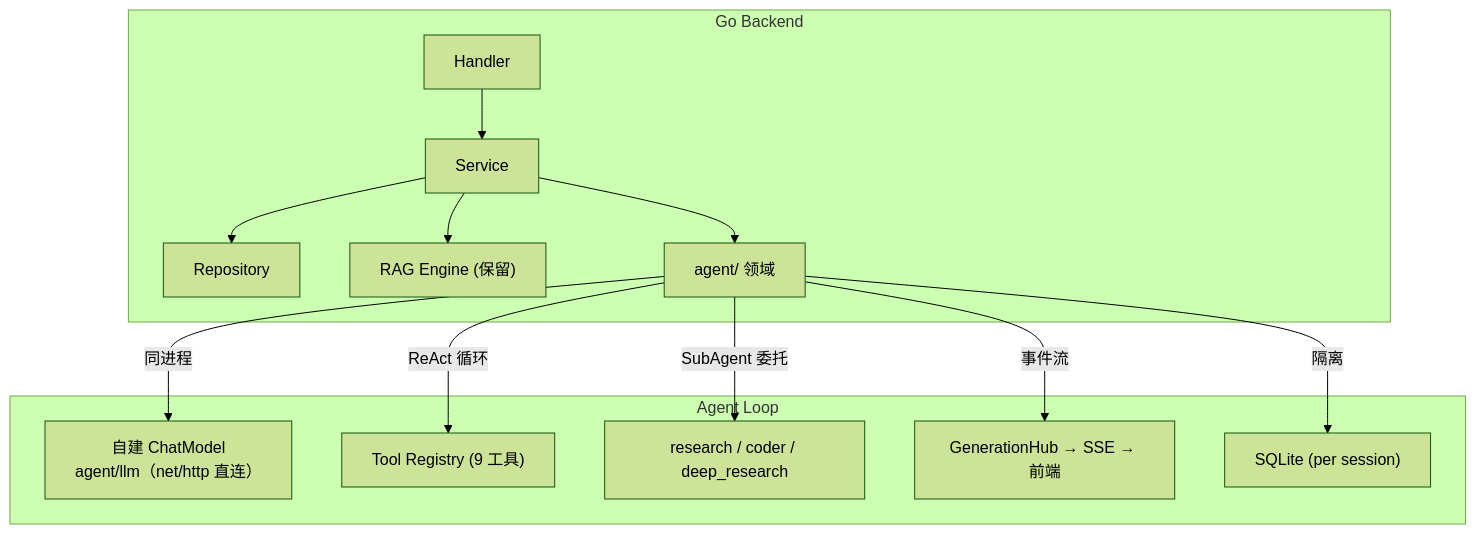
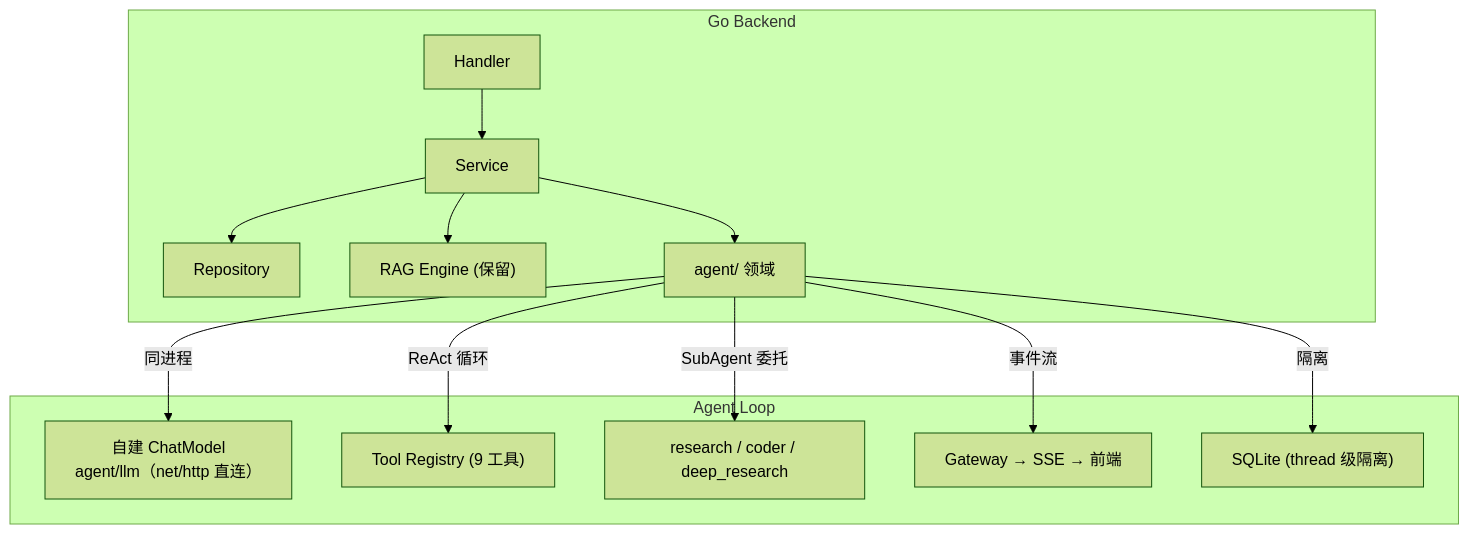
The third of 4 diagrams in docs/ROADMAP.md (int2t05/Cognik), drawn with Mermaid (forest theme) before and after one commit. The commit also changed other lines of this file and 19 other files, not shown here.

````diff
--- a/docs/ROADMAP.md
+++ b/docs/ROADMAP.md
@@ -181,15 +181,15 @@
 ```mermaid
 flowchart TB
     subgraph Go["Go Backend"]
         H["Handler"] --> S["Service"] --> R["Repository"]
         S --> RAG["RAG Engine (保留)"]
         S --> AG["agent/ 领域"]
     end
     subgraph AgentLoop["Agent Loop"]
         AG -->|"同进程"| LLM["自建 ChatModel<br/>agent/llm（net/http 直连）"]
         AG -->|"ReAct 循环"| TOOLS["Tool Registry (9 工具)"]
         AG -->|"SubAgent 委托"| SUB["research / coder / deep_research"]
-        AG -->|"事件流"| SSE["GenerationHub → SSE → 前端"]
-        AG -->|"隔离"| SQLite["SQLite (per session)"]
+        AG -->|"事件流"| SSE["Gateway → SSE → 前端"]
+        AG -->|"隔离"| SQLite["SQLite (thread 级隔离)"]
     end
 ```
````
